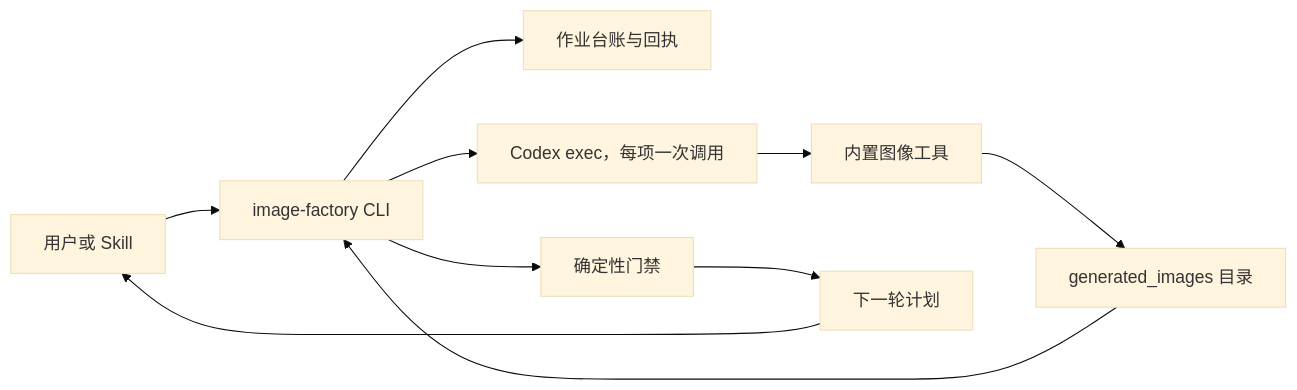
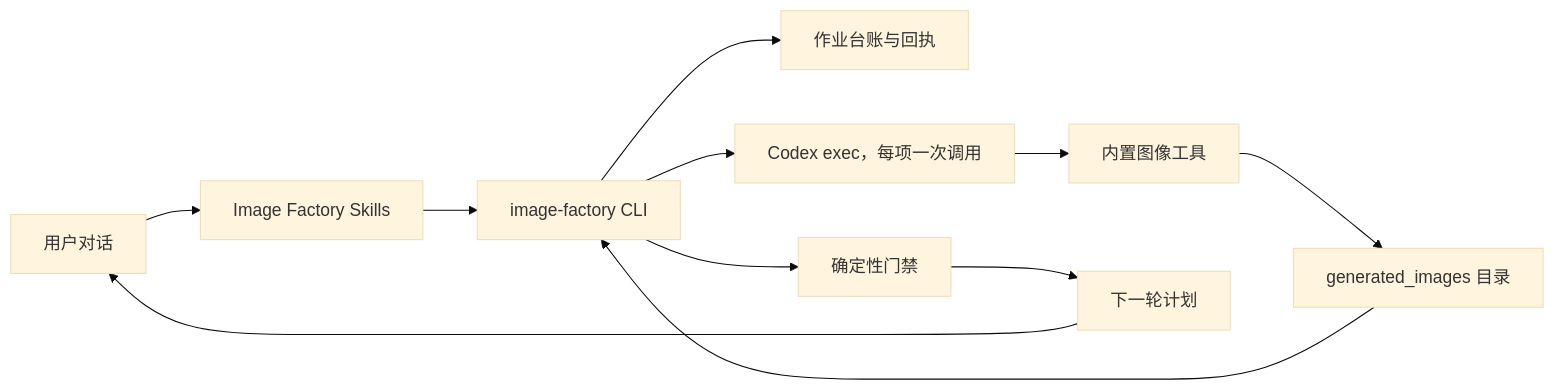
Before and after one commit to full-aigc-plugins/image-factory-plugin: the first of 2 diagrams in docs/Codex-Image-Factory-Plugin-Architecture.zh_CN.md, drawn with Mermaid (base theme). The commit also changed other lines of this file and 33 other files, not shown here.

Commit message:
feat: define conversational Image Factory workflow

````diff
--- a/docs/Codex-Image-Factory-Plugin-Architecture.zh_CN.md
+++ b/docs/Codex-Image-Factory-Plugin-Architecture.zh_CN.md
@@ -21,12 +21,13 @@
 ```mermaid
 flowchart LR
-  U[用户或 Skill] --> C[image-factory CLI]
+  U[用户对话] --> K[Image Factory Skills]
+  K --> C[image-factory CLI]
   C --> L[作业台账与回执]
   C --> X[Codex exec，每项一次调用]
   X --> T[内置图像工具]
   T --> G[generated_images 目录]
   G --> C
   C --> E[确定性门禁]
   E --> R[下一轮计划]
   R --> U
 ```
````
